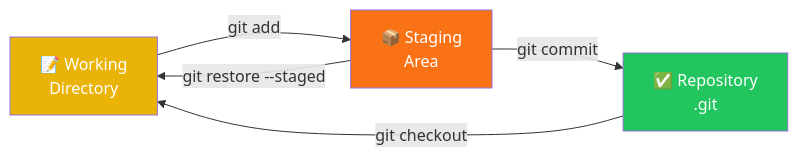
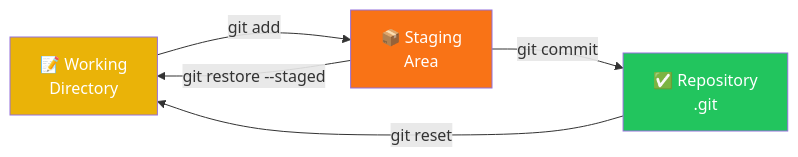
Before and after one commit to brendanPro/polytech-git-conf: the first of 6 diagrams in pages/03-commandes-workflows.md, drawn with Mermaid. The commit also changed other lines of this file, not shown here.

````diff
--- a/pages/03-commandes-workflows.md
+++ b/pages/03-commandes-workflows.md
@@ -95,15 +96,15 @@
 ```mermaid
 graph LR
     WD[📝 Working<br/>Directory]
     SA[📦 Staging<br/>Area]
     Repo[✅ Repository<br/>.git]
     
     WD -->|git add| SA
     SA -->|git commit| Repo
-    Repo -->|git checkout| WD
+    Repo -->|git reset | WD
     SA -->|git restore --staged| WD
     
     style WD fill:#eab308,color:#fff
     style SA fill:#f97316,color:#fff
     style Repo fill:#22c55e,color:#fff
 ```
````
